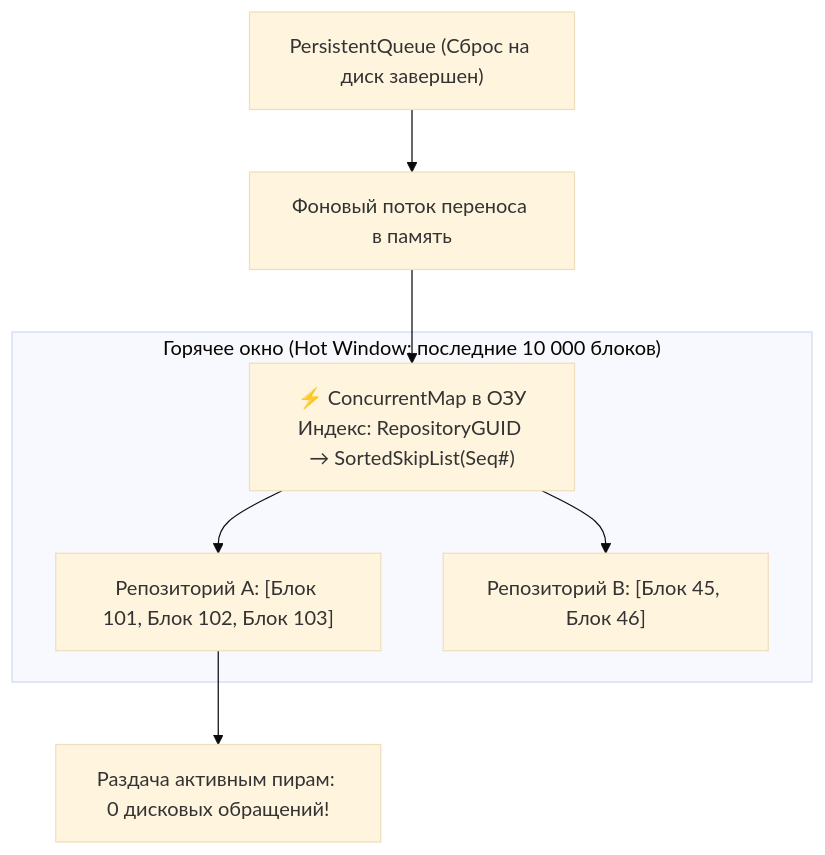
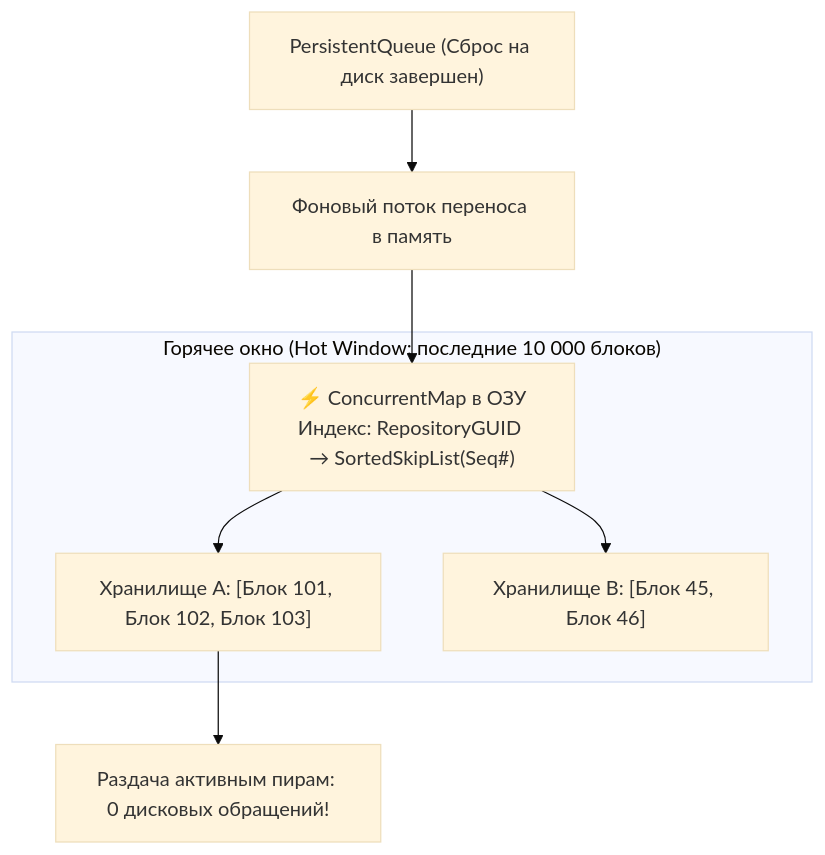
The fifth of 13 diagrams in architecture_presentations/04_branch_pipeline_and_storage/docs/presentation_deck.md (Data-Independence-Network/presentations), drawn with Mermaid (base theme) before and after one commit. The commit also changed other lines of this file and 28 other files, not shown here.

Commit message:
refactor(terminology): replace 'репозиторий' and derivatives with 'хранилище' and update slide 13 audio

```diff
--- a/architecture_presentations/04_branch_pipeline_and_storage/docs/presentation_deck.md
+++ b/architecture_presentations/04_branch_pipeline_and_storage/docs/presentation_deck.md
@@ -247,12 +247,12 @@
         <div class="mermaid">
 graph TD
     PQ["PersistentQueue (Сброс на диск завершен)"] --> Pop["Фоновый поток переноса в память"]
     Pop --> CM["⚡ ConcurrentMap в ОЗУ<br/>Индекс: RepositoryGUID &rarr; SortedSkipList(Seq#)"]
 
     subgraph MemoryWindow["Горячее окно (Hot Window: последние 10 000 блоков)"]
-        CM --> Repo1["Репозиторий A: [Блок 101, Блок 102, Блок 103]"]
-        CM --> Repo2["Репозиторий B: [Блок 45, Блок 46]"]
+        CM --> Repo1["Хранилище A: [Блок 101, Блок 102, Блок 103]"]
+        CM --> Repo2["Хранилище B: [Блок 45, Блок 46]"]
     end
 
     Repo1 --> PeerA["Раздача активным пирам: 0 дисковых обращений!"]
         </div>
```
